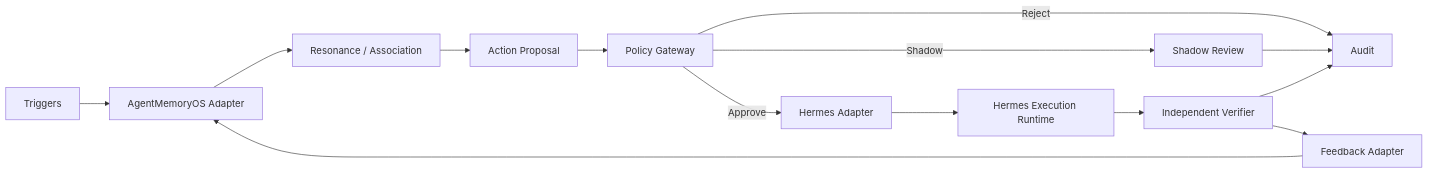
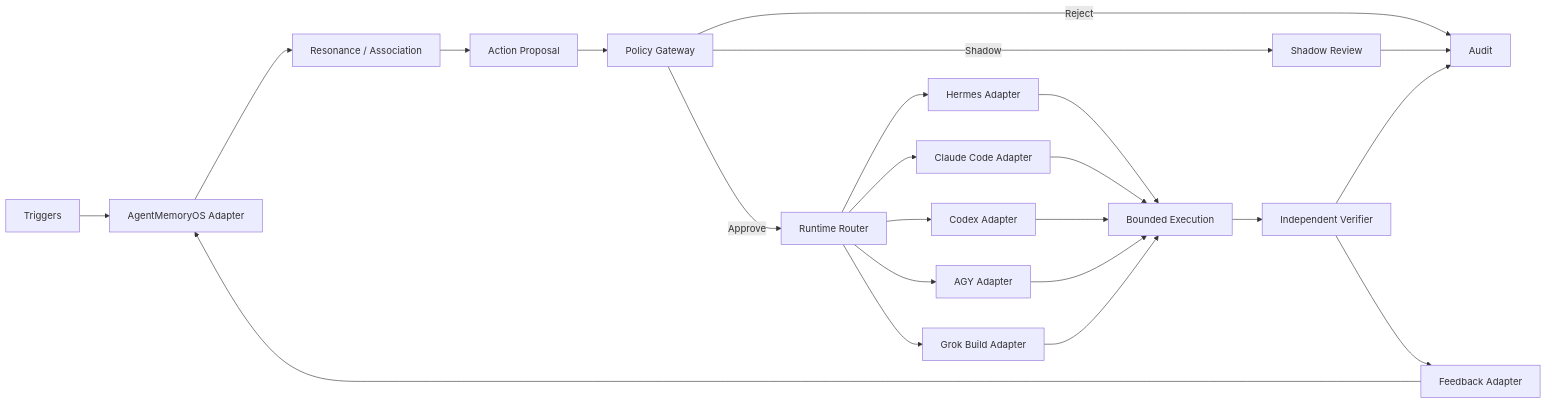
One commit to yamantaka520/Bastet-EngramFlow changed the diagram in docs/ARCHITECTURE.md. Above: the diagram before and after it, drawn with Mermaid. The commit also changed other lines of this file and 30 other files, not shown here.

````diff
--- a/docs/ARCHITECTURE.md
+++ b/docs/ARCHITECTURE.md
@@ -7,16 +7,25 @@
 ```mermaid
 flowchart LR
     T[Triggers] --> M[AgentMemoryOS Adapter]
     M --> R[Resonance / Association]
     R --> P[Action Proposal]
     P --> G[Policy Gateway]
     G -->|Reject| A[Audit]
     G -->|Shadow| S[Shadow Review]
-    G -->|Approve| H[Hermes Adapter]
-    H --> E[Hermes Execution Runtime]
+    G -->|Approve| X[Runtime Router]
+    X --> H[Hermes Adapter]
+    X --> C[Claude Code Adapter]
+    X --> O[Codex Adapter]
+    X --> Y[AGY Adapter]
+    X --> K[Grok Build Adapter]
+    H --> E[Bounded Execution]
+    C --> E
+    O --> E
+    Y --> E
+    K --> E
     E --> V[Independent Verifier]
     V --> F[Feedback Adapter]
     F --> M
     S --> A
     V --> A
 ```
````
